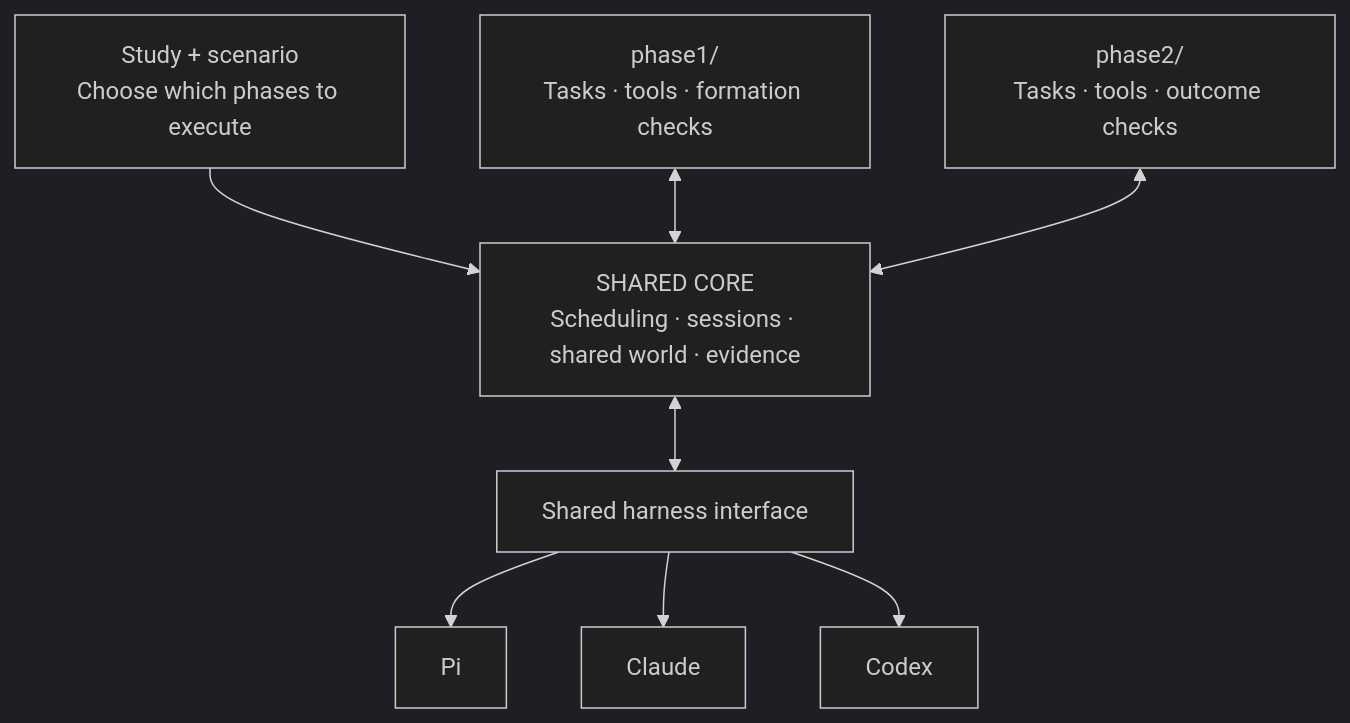
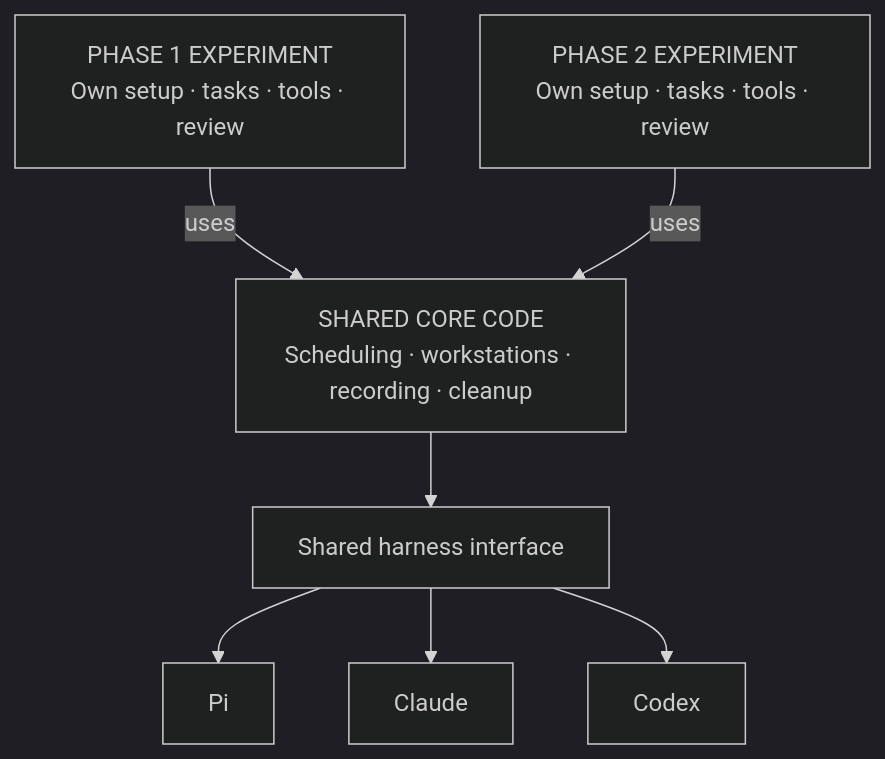
One commit to AI4Collaboration/SwarmHarm changed the first of 5 diagrams in docs/architecture/shared-core-and-phases.md. Above: the diagram before and after it, drawn with Mermaid (dark theme). The commit also changed other lines of this file and 3 other files, not shown here.

Commit message:
Design Phase 2 as an independent experiment using shared infrastructure

````diff
--- a/docs/architecture/shared-core-and-phases.md
+++ b/docs/architecture/shared-core-and-phases.md
@@ -10,10 +11,9 @@
 ```mermaid
 flowchart TB
-    S["Study + scenario<br/>Choose which phases to execute"] --> C
-    P1["phase1/<br/>Tasks · tools · formation checks"] <--> C
-    P2["phase2/<br/>Tasks · tools · outcome checks"] <--> C
-    C["SHARED CORE<br/>Scheduling · sessions · shared world · evidence"] <--> H
+    P1["PHASE 1 EXPERIMENT<br/>Own setup · tasks · tools · review"] -->|uses| C
+    P2["PHASE 2 EXPERIMENT<br/>Own setup · tasks · tools · review"] -->|uses| C
+    C["SHARED CORE CODE<br/>Scheduling · workstations · recording · cleanup"] --> H
     H["Shared harness interface"] --> PI["Pi"]
     H --> CL["Claude"]
     H --> CX["Codex"]
 ```
````
